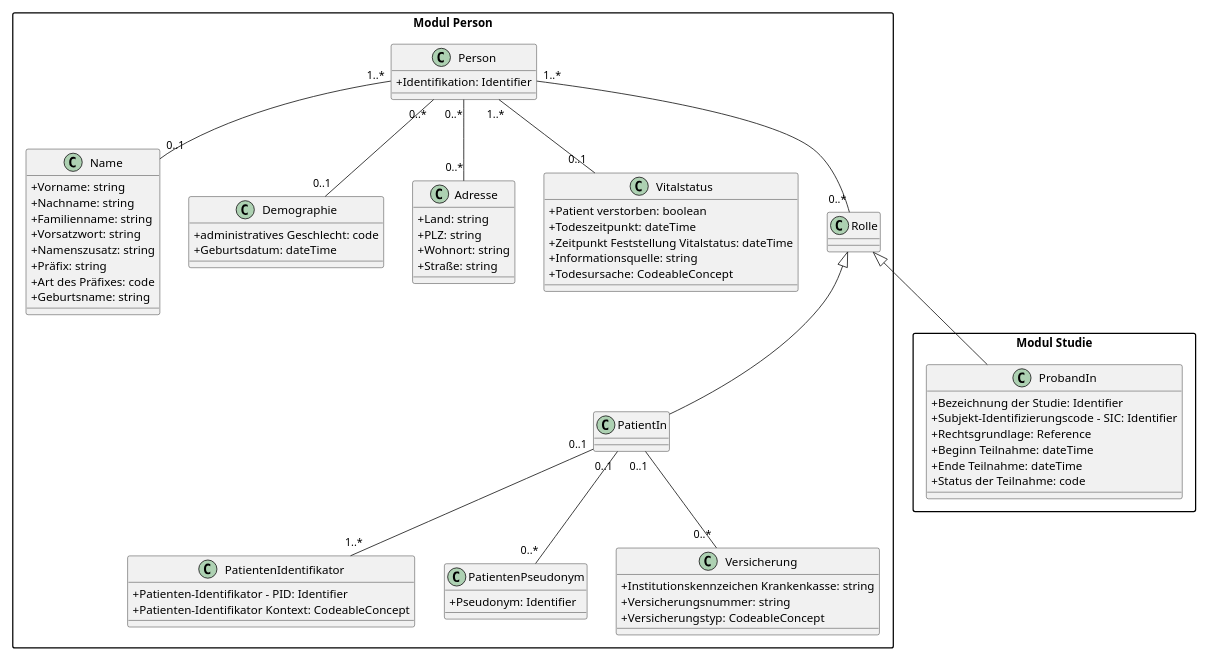
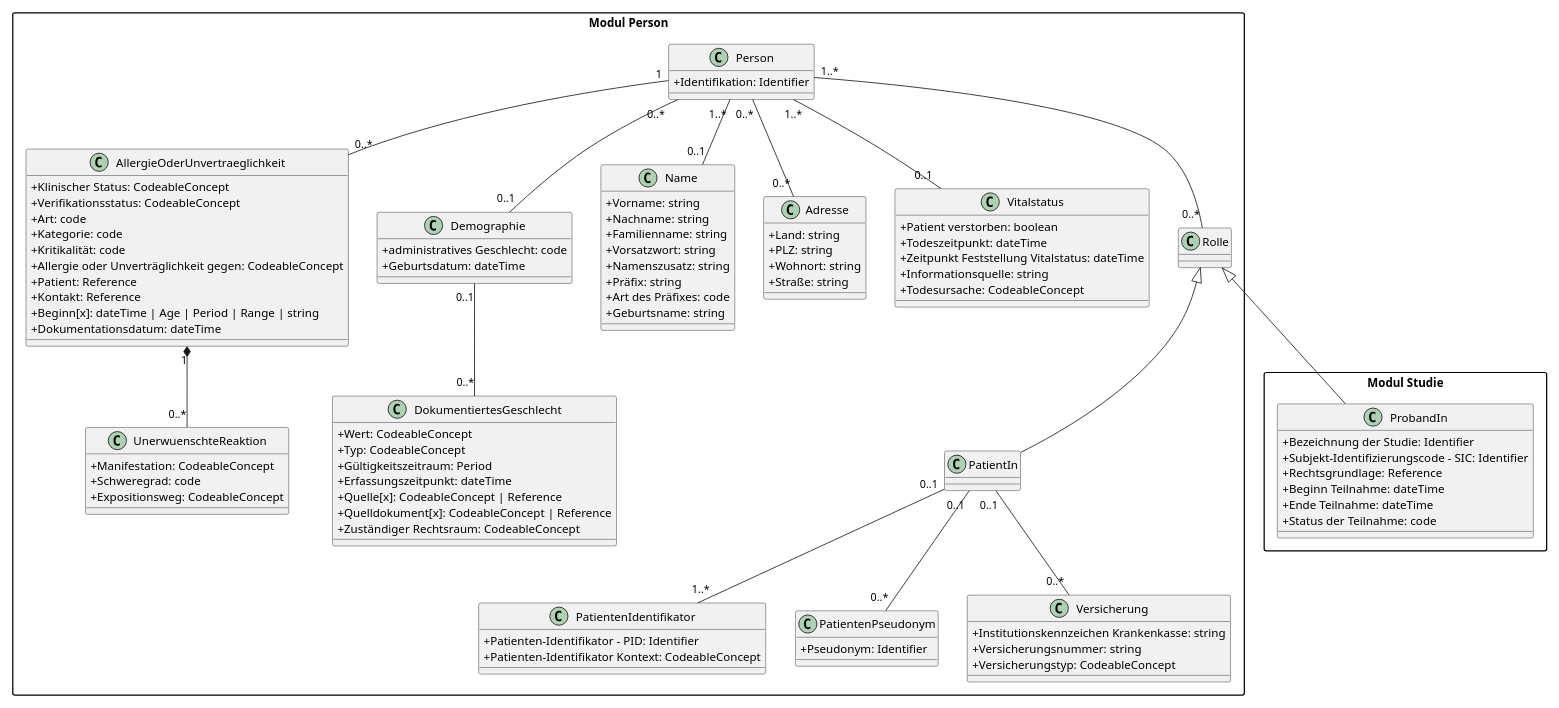
One commit to medizininformatik-initiative/kerndatensatz-basis changed the diagram in input/images-source/person-uml.plantuml. Above: the diagram before and after it, drawn with PlantUML. The commit also changed 13 other files, not shown here.

```diff
--- a/input/images-source/person-uml.plantuml
+++ b/input/images-source/person-uml.plantuml
@@ -1,93 +1,126 @@
 @startuml
 scale 0.7
 skinparam classAttributeIconSize 0
 skinparam shadowing false
 skinparam packageStyle rectangle
 top to bottom direction
 
 ' =============================
 '        PACKAGE: MODUL PERSON
 ' =============================
 package "Modul Person" {
   class Person {
     +Identifikation: Identifier
   }
 
   class Name {
     +Vorname: string
     +Nachname: string
     +Familienname: string
     +Vorsatzwort: string
     +Namenszusatz: string
     +Präfix: string
     +Art des Präfixes: code
     +Geburtsname: string
   }
 
   class Demographie {
     +administratives Geschlecht: code
     +Geburtsdatum: dateTime
   }
 
+  class DokumentiertesGeschlecht {
+    +Wert: CodeableConcept
+    +Typ: CodeableConcept
+    +Gültigkeitszeitraum: Period
+    +Erfassungszeitpunkt: dateTime
+    +Quelle[x]: CodeableConcept | Reference
+    +Quelldokument[x]: CodeableConcept | Reference
+    +Zuständiger Rechtsraum: CodeableConcept
+  }
+
   class Adresse {
     +Land: string
     +PLZ: string
     +Wohnort: string
     +Straße: string
   }
 
   class Vitalstatus {
     +Patient verstorben: boolean
     +Todeszeitpunkt: dateTime
     +Zeitpunkt Feststellung Vitalstatus: dateTime
     +Informationsquelle: string
     +Todesursache: CodeableConcept
+  }
+
+  class AllergieOderUnvertraeglichkeit {
+    +Klinischer Status: CodeableConcept
+    +Verifikationsstatus: CodeableConcept
+    +Art: code
+    +Kategorie: code
+    +Kritikalität: code
+    +Allergie oder Unverträglichkeit gegen: CodeableConcept
+    +Patient: Reference
+    +Kontakt: Reference
+    +Beginn[x]: dateTime | Age | Period | Range | string
+    +Dokumentationsdatum: dateTime
+  }
+
+  class UnerwuenschteReaktion {
+    +Manifestation: CodeableConcept
+    +Schweregrad: code
+    +Expositionsweg: CodeableConcept
   }
 
   class Rolle
   class PatientIn
   class PatientenIdentifikator {
     +Patienten-Identifikator – PID: Identifier
     +Patienten-Identifikator Kontext: CodeableConcept
   }
   class PatientenPseudonym {
     +Pseudonym: Identifier
   }
   class Versicherung {
     +Institutionskennzeichen Krankenkasse: string
     +Versicherungsnummer: string
     +Versicherungstyp: CodeableConcept
   }
 }
 
 ' =============================
 '        PACKAGE: MODUL STUDIE
 ' =============================
 package "Modul Studie" {
   class ProbandIn {
     +Bezeichnung der Studie: Identifier
     +Subjekt-Identifizierungscode – SIC: Identifier
     +Rechtsgrundlage: Reference
     +Beginn Teilnahme: dateTime
     +Ende Teilnahme: dateTime
     +Status der Teilnahme: code
   }
 }
 
 ' =============================
 '        RELATIONSHIPS
 ' =============================
 
 Person "1..*" -down- "0..1" Name
 Person "0..*" -down- "0..1" Demographie
+Demographie "0..1" -down- "0..*" DokumentiertesGeschlecht
 Person "0..*" -down- "0..*" Adresse
 Person "1..*" -down- "0..1" Vitalstatus
+Person "1" -down- "0..*" AllergieOderUnvertraeglichkeit
+Demographie -[hidden]left- AllergieOderUnvertraeglichkeit
+AllergieOderUnvertraeglichkeit "1" *-- "0..*" UnerwuenschteReaktion
 Person "1..*" -down- "0..*" Rolle
 Rolle <|-- PatientIn
 Rolle <|-- ProbandIn
 
 PatientIn "0..1" -down- "1..*" PatientenIdentifikator
 PatientIn "0..1" -down- "0..*" Versicherung
 PatientIn "0..1" -down- "0..*" PatientenPseudonym
 
 @enduml
```
